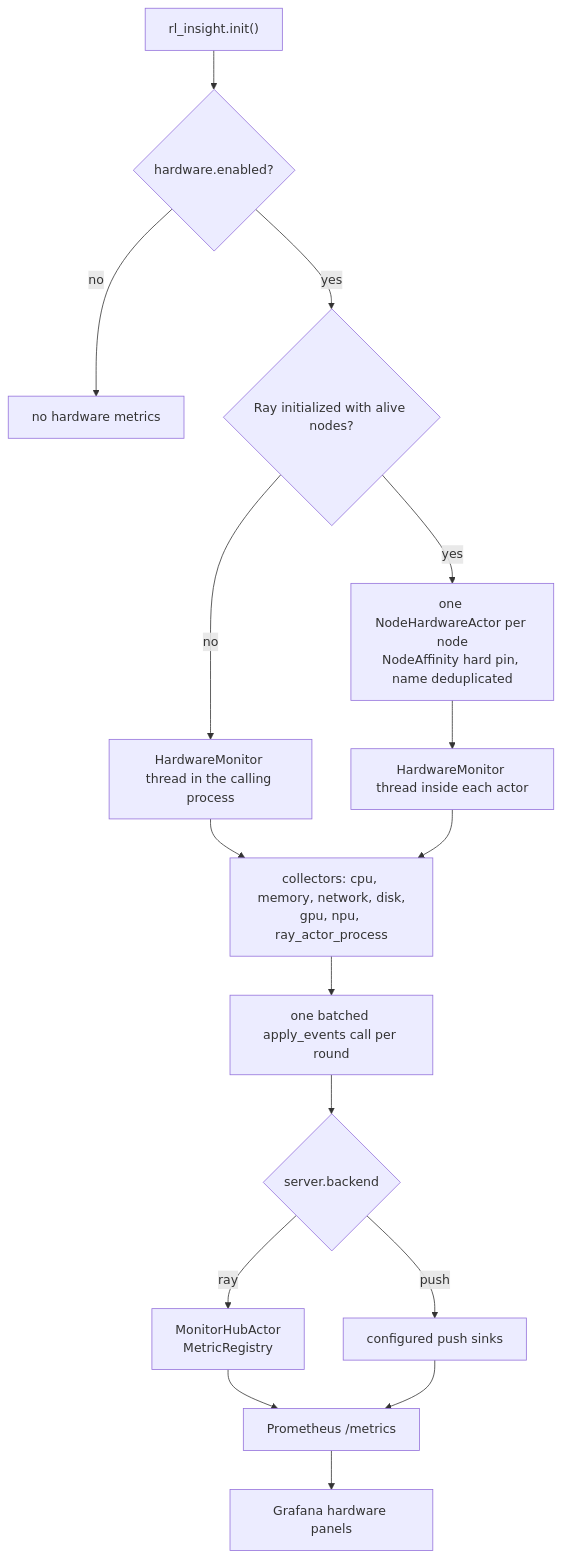
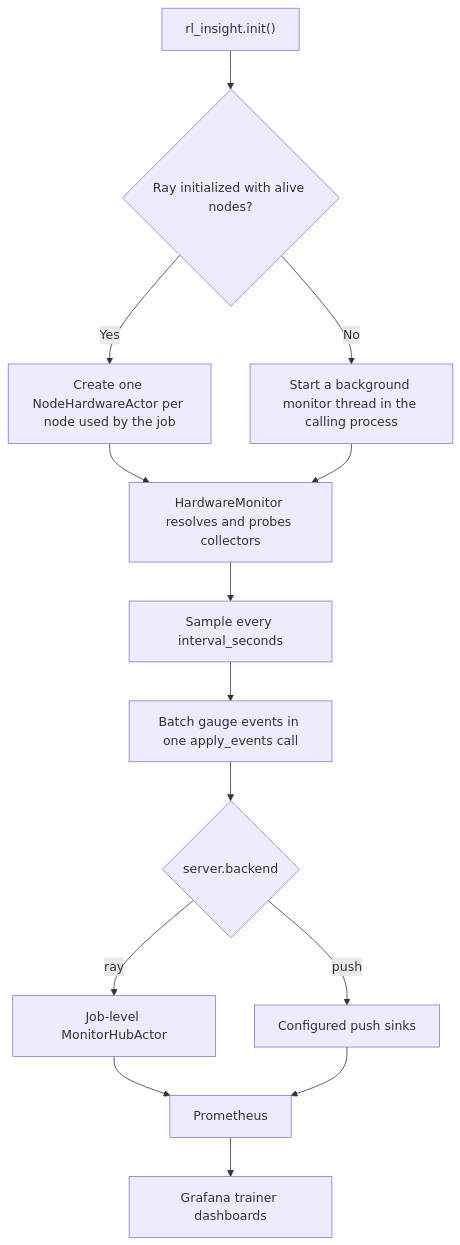
The diagram in docs/monitor/hardware/hardware_monitoring_en.md (confused666/rl-insight), drawn with Mermaid before and after one commit. The commit also changed other lines of this file and 30 other files, not shown here.

First line of the commit message:
[monitor-collector, monitor-server, monitor-config, doc] fix: address hardware monitoring review comments

````diff
--- a/docs/monitor/hardware/hardware_monitoring_en.md
+++ b/docs/monitor/hardware/hardware_monitoring_en.md
@@ -59,18 +78,16 @@
 ```mermaid
 flowchart TD
-    A["rl_insight.init()"] --> B{"hardware.enabled?"}
-    B -- no --> Z["no hardware metrics"]
-    B -- yes --> C{"Ray initialized with alive nodes?"}
-    C -- yes --> D["one NodeHardwareActor per node<br/>NodeAffinity hard pin, name deduplicated"]
-    C -- no --> E["HardwareMonitor thread in the calling process"]
-    D --> F["HardwareMonitor thread inside each actor"]
-    E --> G["collectors: cpu, memory, network, disk,<br/>gpu, npu, ray_actor_process"]
-    F --> G
-    G --> H["one batched apply_events call per round"]
-    H --> I{"server.backend"}
-    I -- ray --> J["MonitorHubActor<br/>MetricRegistry"]
-    I -- push --> K["configured push sinks"]
-    J --> L["Prometheus /metrics"]
-    K --> L
-    L --> M["Grafana hardware panels"]
+    A["rl_insight.init()"] --> B{"Ray initialized with alive nodes?"}
+    B -- Yes --> C["Create one NodeHardwareActor per node used by the job"]
+    B -- No --> D["Start a background monitor thread in the calling process"]
+    C --> E["HardwareMonitor resolves and probes collectors"]
+    D --> E
+    E --> F["Sample every interval_seconds"]
+    F --> G["Batch gauge events in one apply_events call"]
+    G --> H{"server.backend"}
+    H -- ray --> I["Job-level MonitorHubActor"]
+    H -- push --> J["Configured push sinks"]
+    I --> K["Prometheus"]
+    J --> K
+    K --> L["Grafana trainer dashboards"]
 ```
````
